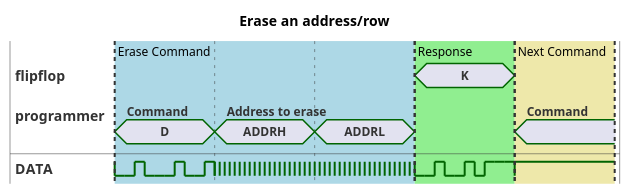
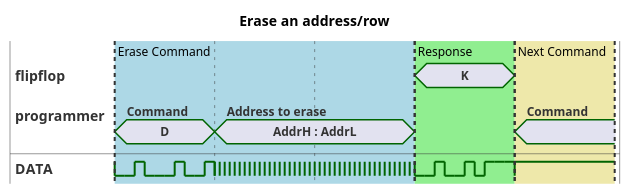
One commit to Rex--/flipflop changed the diagram in docs/src/diagrams/erase-command.puml. Above: the diagram before and after it, drawn with PlantUML. The commit also changed 9 other files, not shown here.

Commit message:
Added some basic CRC code. 16 bit CRCs are now appended to read and write data blocks. Timing diagrams have been updated to reflect the changes.

```diff
--- a/docs/src/diagrams/erase-command.puml
+++ b/docs/src/diagrams/erase-command.puml
@@ -1,74 +1,71 @@
 @startuml erase-command
 ' mode compact
 scale 10 as 100 pixels
 hide time-axis
 Title: Erase an address/row
 
 compact concise "flipflop" as FF
 compact concise "programmer" as PG
 binary "DATA" as D
 
 D is high
 
 @10
 PG is D : Command
 D is low
 @+1
 D is low
 @+1
 D is high
 @+1
 D is low
 @+1
 D is low
 @+1
 D is low
 @+1
 D is high
 @+1
 D is low
 @+1
 D is low
 @+1
 D is high
 
 @20
-PG is ADDRH : Address to erase
+PG is "AddrH : AddrL" : Address to erase
 D is {low,high}
-
-@30
-PG is ADDRL
 
 @40
 PG is {hidden}
 FF is K
 D is low
 @+1
 D is low
 @+1
 D is high
 @+1
 D is low
 @+1
 D is low
 @+1
 D is high
 @+1
 D is low
 @+1
 D is high
 @+1
 D is high
 @+1
 D is high
 
 @50
 FF is {hidden}
 PG is "" : Command
 D is {high,low}
 
 highlight 10 to 40 #LightBlue: Erase Command
 highlight 40 to 50 #LightGreen: Response
 highlight 50 to 60 #PaleGoldenRod: Next Command
 
 @enduml
```
